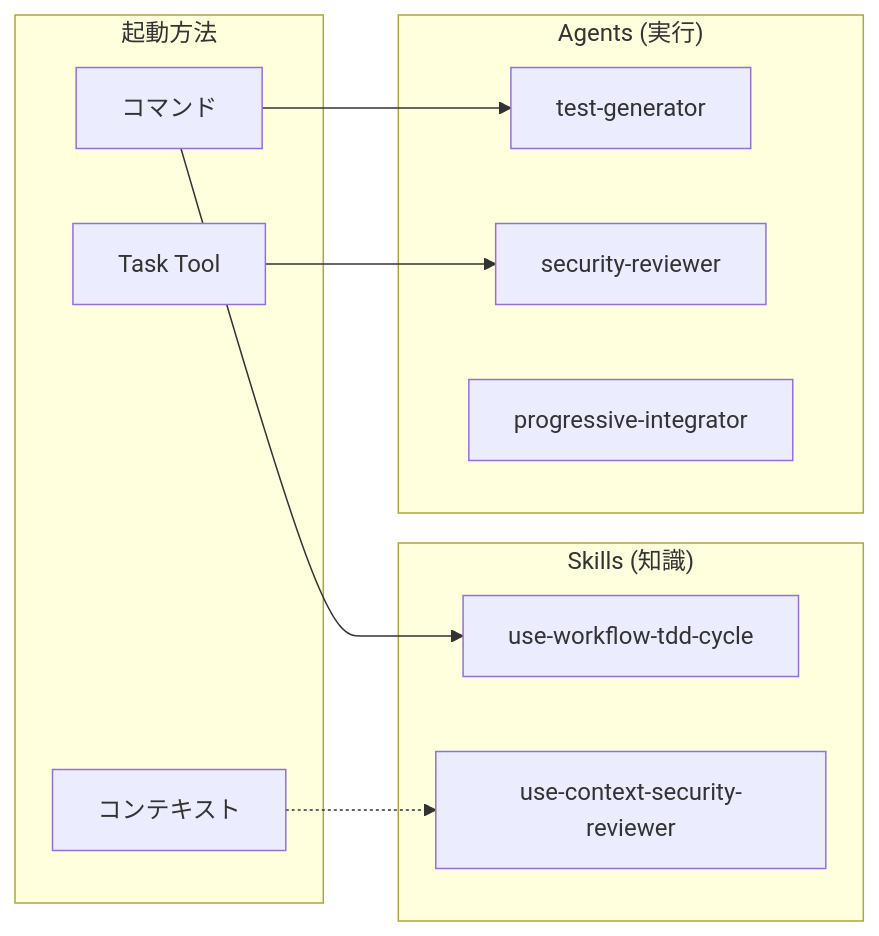
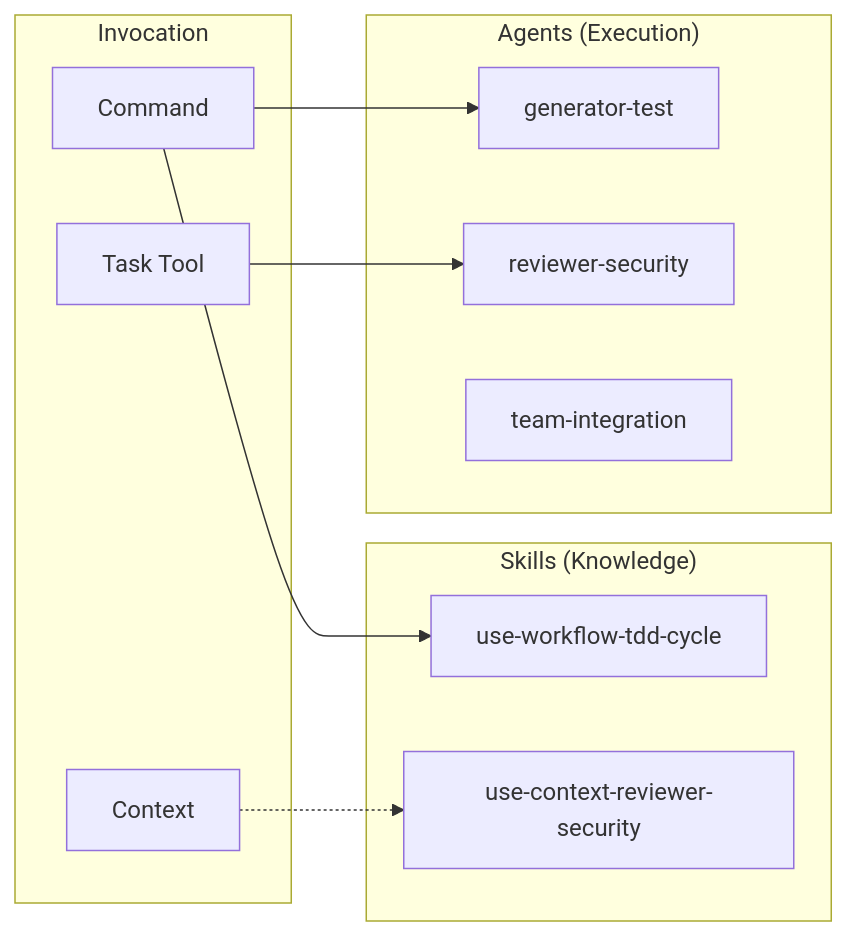
One commit to thkt/dotclaude changed the first of 2 diagrams in .ja/docs/SKILLS_AGENTS.md. Above: the diagram before and after it, drawn with Mermaid. The commit also changed other lines of this file and 380 other files, not shown here.

````diff
--- a/.ja/docs/SKILLS_AGENTS.md
+++ b/.ja/docs/SKILLS_AGENTS.md
@@ -9,20 +9,20 @@
 ```mermaid
 graph LR
-    subgraph Skills["Skills (知識)"]
+    subgraph Skills["Skills (Knowledge)"]
         S1[use-workflow-tdd-cycle]
-        S2[use-context-security-reviewer]
+        S2[use-context-reviewer-security]
     end
 
-    subgraph Agents["Agents (実行)"]
-        A1[test-generator]
-        A2[security-reviewer]
-        A3[progressive-integrator]
+    subgraph Agents["Agents (Execution)"]
+        A1[generator-test]
+        A2[reviewer-security]
+        A3[team-integration]
     end
 
-    subgraph Trigger["起動方法"]
-        CMD[コマンド] --> S1
+    subgraph Trigger["Invocation"]
+        CMD[Command] --> S1
         CMD --> A1
-        CTX[コンテキスト] -.-> S2
+        CTX[Context] -.-> S2
         TASK[Task Tool] --> A2
     end
 ```
````
